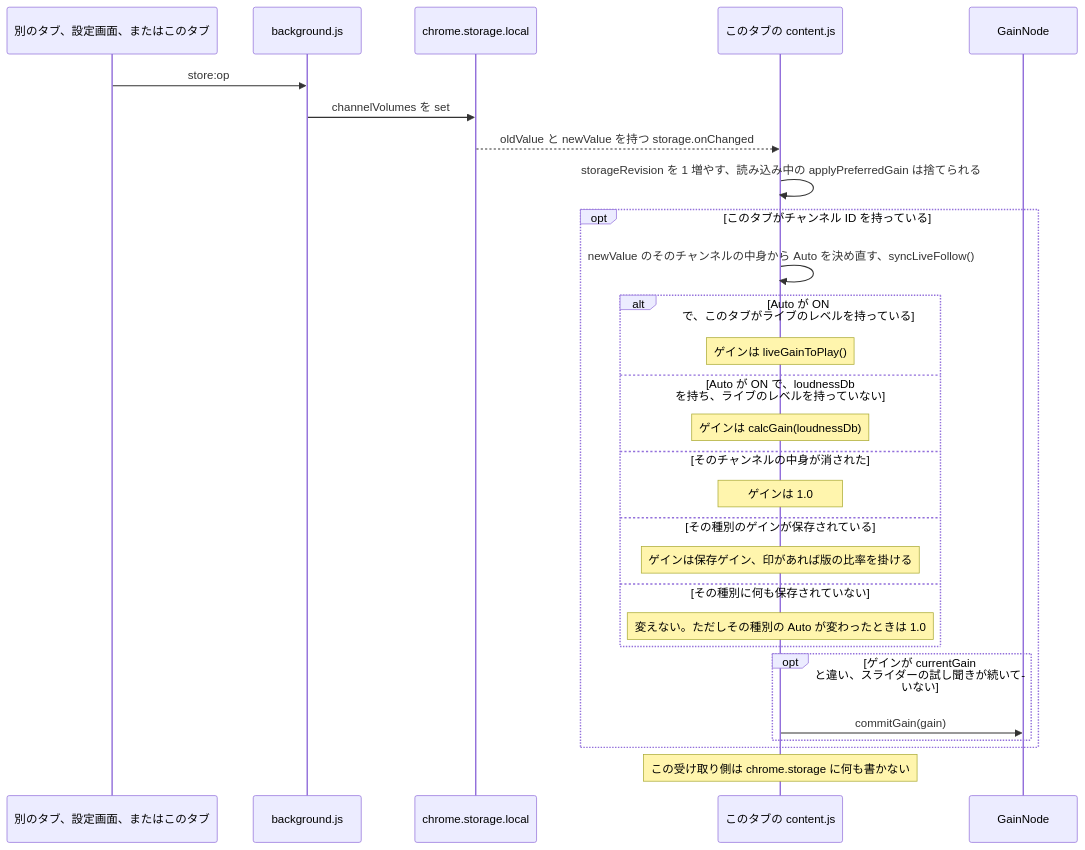
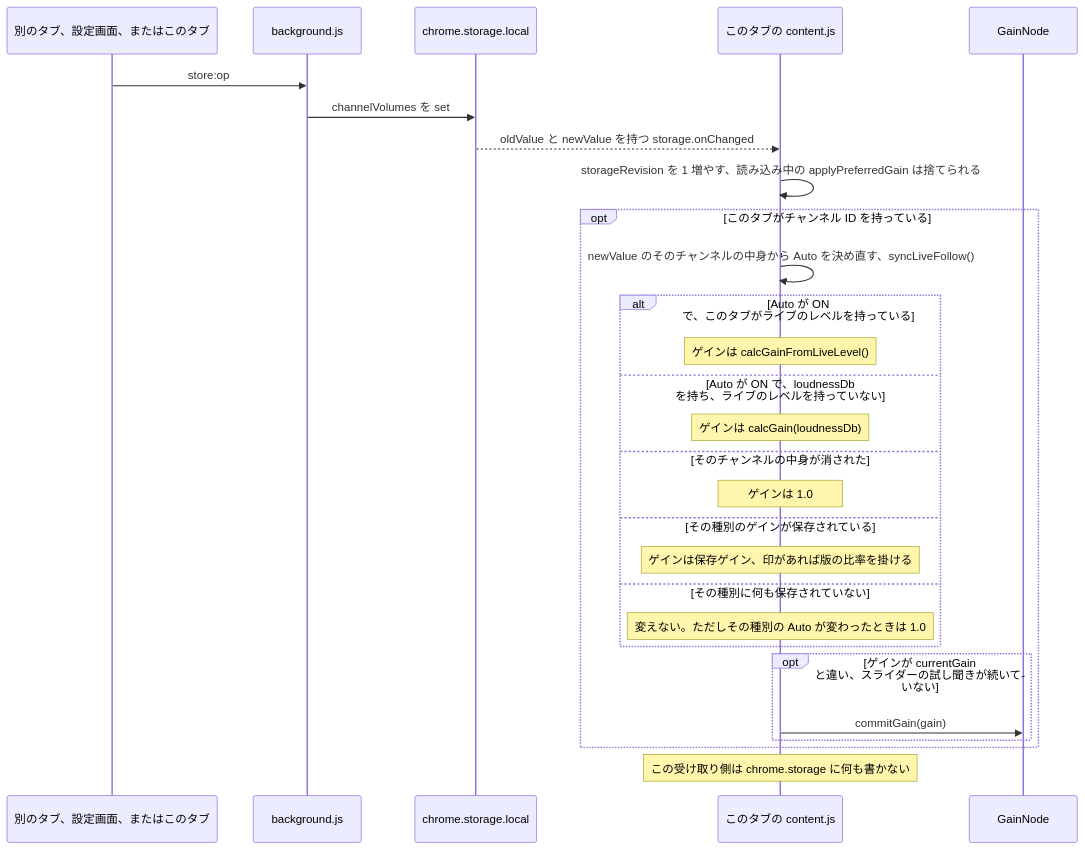
One commit to semnil/yt-channel-volume changed diagram 12 of 14 in docs/gain-change-and-save.ja.md. Above: the diagram before and after it, drawn with Mermaid. The commit also changed other lines of this file and 4 other files, not shown here.

Commit message:
docs: describe the live follow as playing the gain the level asks for every second

````diff
--- a/docs/gain-change-and-save.ja.md
+++ b/docs/gain-change-and-save.ja.md
@@ -609,30 +608,30 @@
 ```mermaid
 sequenceDiagram
   participant T as 別のタブ、設定画面、またはこのタブ
   participant W as background.js
   participant S as chrome.storage.local
   participant C as このタブの content.js
   participant G as GainNode
   T->>W: store:op
   W->>S: channelVolumes を set
   S-->>C: oldValue と newValue を持つ storage.onChanged
   C->>C: storageRevision を 1 増やす、読み込み中の applyPreferredGain は捨てられる
   opt このタブがチャンネル ID を持っている
     C->>C: newValue のそのチャンネルの中身から Auto を決め直す、syncLiveFollow()
     alt Auto が ON で、このタブがライブのレベルを持っている
-      Note over C: ゲインは liveGainToPlay()
+      Note over C: ゲインは calcGainFromLiveLevel()
     else Auto が ON で、loudnessDb を持ち、ライブのレベルを持っていない
       Note over C: ゲインは calcGain(loudnessDb)
     else そのチャンネルの中身が消された
       Note over C: ゲインは 1.0
     else その種別のゲインが保存されている
       Note over C: ゲインは保存ゲイン、印があれば版の比率を掛ける
     else その種別に何も保存されていない
       Note over C: 変えない。ただしその種別の Auto が変わったときは 1.0
     end
     opt ゲインが currentGain と違い、スライダーの試し聞きが続いていない
       C->>G: commitGain(gain)
     end
   end
   Note over C: この受け取り側は chrome.storage に何も書かない
 ```
````
